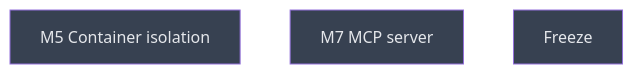
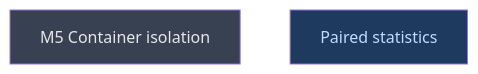
The diagram in __roadmap__/candler-v1/contracts/parity/alignment/surfaces/isolation/README.md (CrackingShells/Candler), drawn with Mermaid before and after one commit. The commit also changed other lines of this file and 7 other files, not shown here.

````diff
--- a/__roadmap__/candler-v1/contracts/parity/alignment/surfaces/isolation/README.md
+++ b/__roadmap__/candler-v1/contracts/parity/alignment/surfaces/isolation/README.md
@@ -16,11 +16,10 @@
 ```mermaid
 graph TD
     m5_container_isolation[M5 Container isolation]:::planned
-    m7_mcp_server[M7 MCP server]:::planned
-    freeze[Freeze]:::planned
+    stats[Paired statistics]:::amendment
     classDef done       fill:#166534,color:#bbf7d0
     classDef inprogress fill:#854d0e,color:#fef08a
     classDef planned    fill:#374151,color:#e5e7eb
     classDef amendment  fill:#1e3a5f,color:#bfdbfe
     classDef blocked    fill:#7f1d1d,color:#fecaca
 ```
````
